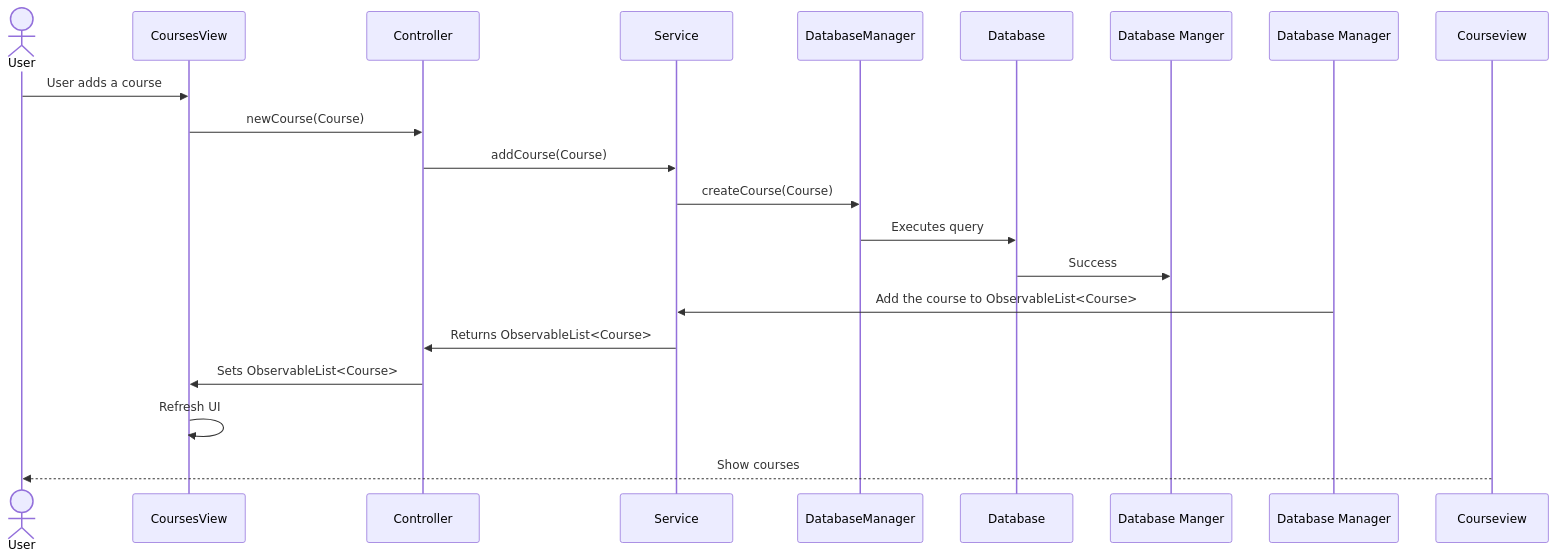
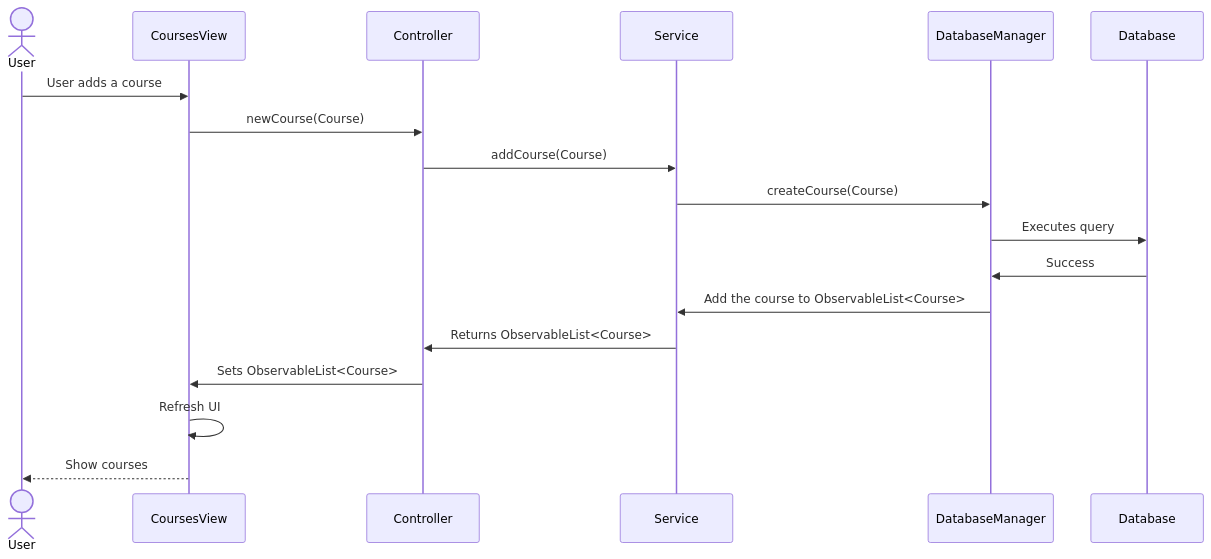
Before and after one commit to Darth-218/Student-Grading-System: the fifth of 10 diagrams in README.md, drawn with Mermaid. The commit also changed other lines of this file, not shown here.

````diff
--- a/README.md
+++ b/README.md
@@ -188,21 +173,16 @@
 ```mermaid
 sequenceDiagram
     actor User
-    participant CoursesView
-    participant Controller
-    participant Service
-    participant DatabaseManager
-    participant Database
 
     User->>CoursesView: User adds a course
     CoursesView->>Controller: newCourse(Course)
     Controller->>Service: addCourse(Course)
     Service->>DatabaseManager: createCourse(Course)
     DatabaseManager->>Database: Executes query 
-    Database->>Database Manger: Success
-    Database Manager->>Service: Add the course to ObservableList<Course>
+    Database->>DatabaseManager: Success
+    DatabaseManager->>Service: Add the course to ObservableList<Course>
     Service->>Controller: Returns ObservableList<Course>
     Controller->>CoursesView: Sets ObservableList<Course>
     CoursesView->>CoursesView: Refresh UI
-    Courseview-->>User: Show courses
+    CoursesView-->>User: Show courses
 ```
````
